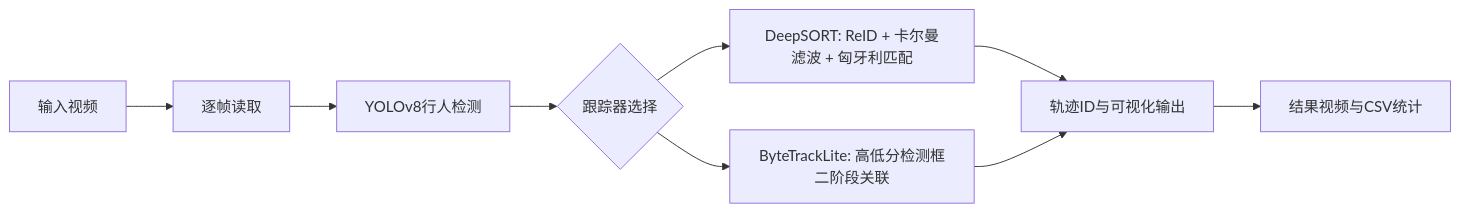
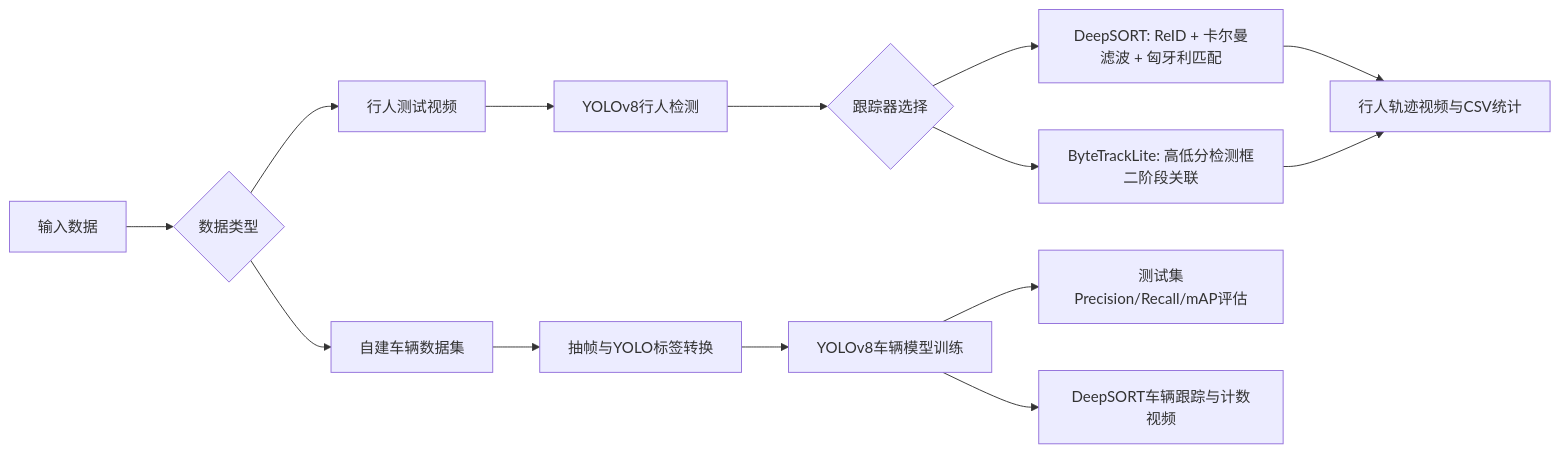
Before and after one commit to ZiDXie/YOLOv8-DeepSORT-Object-Tracking: the first of 4 diagrams in 课程设计报告.md, drawn with Mermaid. The commit also changed other lines of this file and 6323 other files, not shown here.

````diff
--- a/课程设计报告.md
+++ b/课程设计报告.md
@@ -77,11 +98,16 @@
 ```mermaid
 flowchart LR
-    A[输入视频] --> B[逐帧读取]
-    B --> C[YOLOv8行人检测]
-    C --> D{跟踪器选择}
-    D --> E[DeepSORT: ReID + 卡尔曼滤波 + 匈牙利匹配]
-    D --> F[ByteTrackLite: 高低分检测框二阶段关联]
-    E --> G[轨迹ID与可视化输出]
-    F --> G
-    G --> H[结果视频与CSV统计]
+    A[输入数据] --> B{数据类型}
+    B --> C[行人测试视频]
+    B --> D[自建车辆数据集]
+    C --> E[YOLOv8行人检测]
+    E --> F{跟踪器选择}
+    F --> G[DeepSORT: ReID + 卡尔曼滤波 + 匈牙利匹配]
+    F --> H[ByteTrackLite: 高低分检测框二阶段关联]
+    G --> I[行人轨迹视频与CSV统计]
+    H --> I
+    D --> J[抽帧与YOLO标签转换]
+    J --> K[YOLOv8车辆模型训练]
+    K --> L[测试集Precision/Recall/mAP评估]
+    K --> M[DeepSORT车辆跟踪与计数视频]
 ```
````
